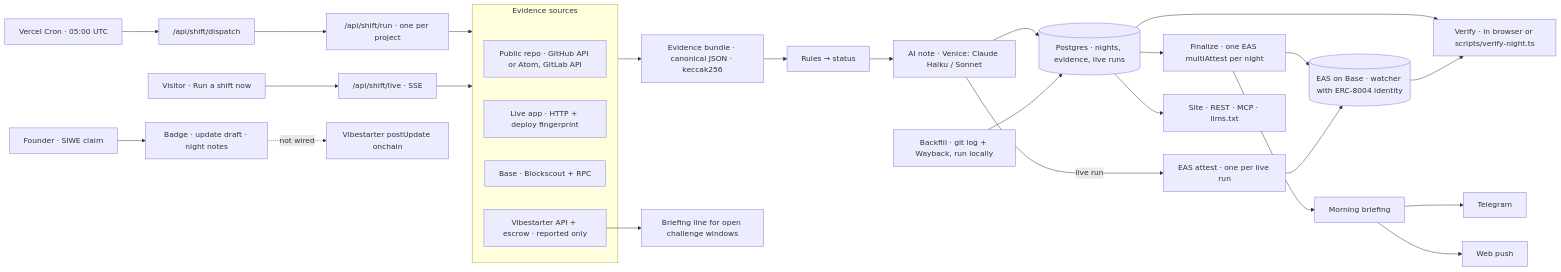
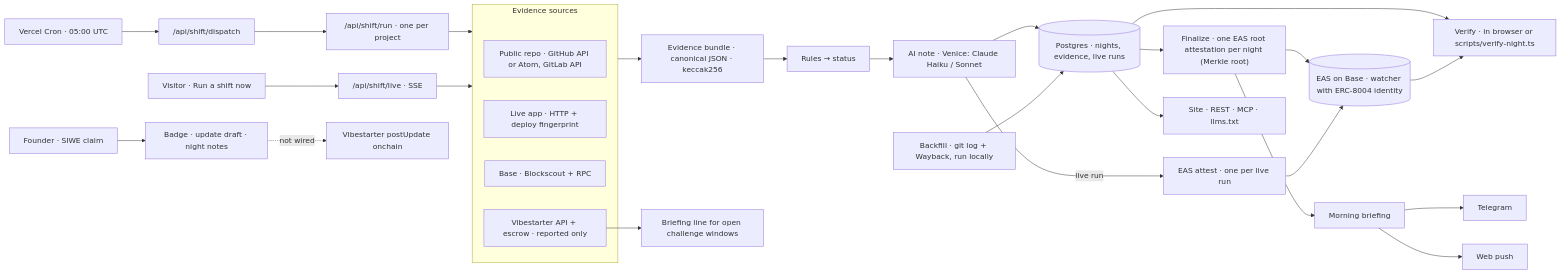
Before and after one commit to RaYYeR220/lights-on: the diagram in README.md, drawn with Mermaid. The commit also changed other lines of this file and 5 other files, not shown here.

First line of the commit message:
docs: one transaction per night, a Merkle root of every verdict

````diff
--- a/README.md
+++ b/README.md
@@ -51,35 +51,35 @@
 ```mermaid
 flowchart LR
   cron["Vercel Cron · 05:00 UTC"] --> dispatch["/api/shift/dispatch"]
   dispatch --> run["/api/shift/run · one per project"]
   visitor["Visitor · Run a shift now"] --> live["/api/shift/live · SSE"]
 
   subgraph sources["Evidence sources"]
     repo["Public repo · GitHub API or Atom, GitLab API"]
     app["Live app · HTTP + deploy fingerprint"]
     chain["Base · Blockscout + RPC"]
     vs["Vibestarter API + escrow · reported only"]
   end
 
   run --> sources
   live --> sources
   sources --> bundle["Evidence bundle · canonical JSON · keccak256"]
   bundle --> rules["Rules → status"]
   rules --> ai["AI note · Venice: Claude Haiku / Sonnet"]
   ai --> db[("Postgres · nights, evidence, live runs")]
   backfill["Backfill · git log + Wayback, run locally"] --> db
-  db --> finalize["Finalize · one EAS multiAttest per night"]
+  db --> finalize["Finalize · one EAS root attestation per night (Merkle root)"]
   finalize --> eas[("EAS on Base · watcher with ERC-8004 identity")]
   ai -->|live run| attest1["EAS attest · one per live run"]
   attest1 --> eas
   finalize --> briefing["Morning briefing"]
   briefing --> tg["Telegram"]
   briefing --> push["Web push"]
   db --> surfaces["Site · REST · MCP · llms.txt"]
   db --> verify["Verify · in browser or scripts/verify-night.ts"]
   eas --> verify
 
   founder["Founder · SIWE claim"] --> notes["Badge · update draft · night notes"]
   notes -.->|not wired| postUpdate["Vibestarter postUpdate onchain"]
   vs --> alert["Briefing line for open challenge windows"]
 ```
````
